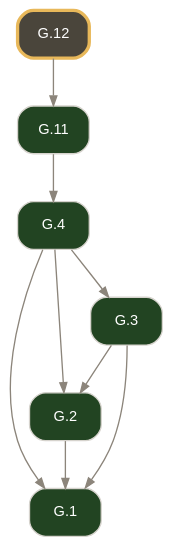
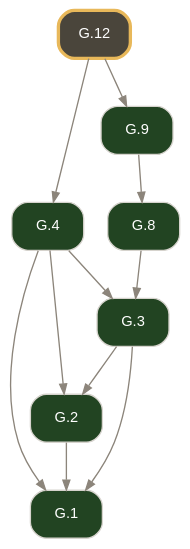
One commit to geometor/elements changed the diagram in docsrc/elements2/G.12/index.rst. Above: the diagram before and after it, drawn with Graphviz. The commit also changed other lines of this file and 1276 other files, not shown here.

```diff
--- a/docsrc/elements2/G.12/index.rst
+++ b/docsrc/elements2/G.12/index.rst
@@ -36,22 +34,25 @@
 .. graphviz::
 
    digraph {
      bgcolor="transparent";
      node [shape=box, style="rounded,filled", fontname="Helvetica", fontsize=11, color="#d6d3cd", fontcolor="#ffffff"];
      edge [color="#8c857b", fontcolor="#8c857b", arrowsize=0.75];
      rankdir="TB";
      "G.1" [label="G.1", tooltip="G.1 (I.def.1): A point A is that which has no part.", fillcolor="#224422", URL="../G.1/index.html", target="_top"];
      "G.2" [label="G.2", tooltip="G.2 (I.def.2): A line [ A B ] is a projection of a relationship of two points A, B.", fillcolor="#224422", URL="../G.2/index.html", target="_top"];
      "G.3" [label="G.3", tooltip="G.3 (I.def.3): The extremities of a segment / A B / are points A, B.", fillcolor="#224422", URL="../G.3/index.html", target="_top"];
      "G.4" [label="G.4", tooltip="G.4 (I.def.4): A segment / A B / is a portion of a line [ A B ] between two points A, B on the line.", fillcolor="#224422", URL="../G.4/index.html", target="_top"];
-     "G.11" [label="G.11", tooltip="G.11 (I.def.19): Rectilineal figures are contained by segments: trilateral by three, quadrilateral by four, and multilateral by more than four.", fillcolor="#224422", URL="../G.11/index.html", target="_top"];
-     "G.12" [label="G.12", tooltip="G.12 (I.def.20): Of trilateral figures, an equilateral triangle < A B C > has three equal sides, an isosceles triangle < D E F > has two equal sides, and a scalene triangle < G H K > has three uneq...", penwidth=2.5, color="#e8b85a", fillcolor="#4a453b", URL="index.html", target="_top"];
+     "G.8" [label="G.8", tooltip="G.8 (I.def.13): A boundary is the extremity of anything.", fillcolor="#224422", URL="../G.8/index.html", target="_top"];
+     "G.9" [label="G.9", tooltip="G.9 (I.def.14): A figure is that which is contained by any boundary or boundaries.", fillcolor="#224422", URL="../G.9/index.html", target="_top"];
+     "G.12" [label="G.12", tooltip="G.12 (I.def.19): Rectilineal figures are contained by segments: trilateral by three, quadrilateral by four, and multilateral by more than four.", penwidth=2.5, color="#e8b85a", fillcolor="#4a453b", URL="index.html", target="_top"];
      "G.2" -> "G.1";
      "G.3" -> "G.1";
      "G.4" -> "G.1";
      "G.3" -> "G.2";
      "G.4" -> "G.2";
      "G.4" -> "G.3";
-     "G.11" -> "G.4";
-     "G.12" -> "G.11";
+     "G.8" -> "G.3";
+     "G.12" -> "G.4";
+     "G.9" -> "G.8";
+     "G.12" -> "G.9";
    }
```
